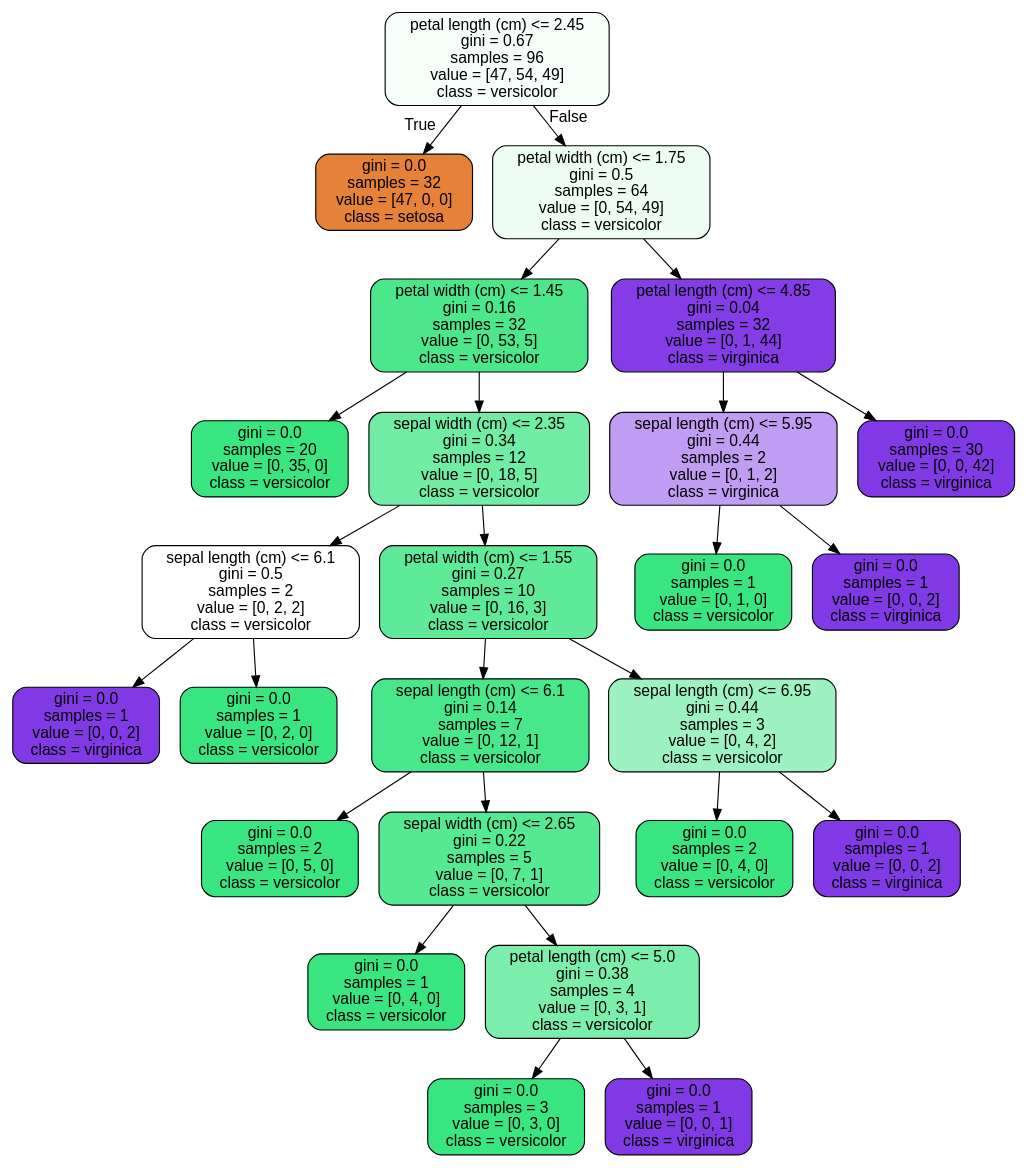
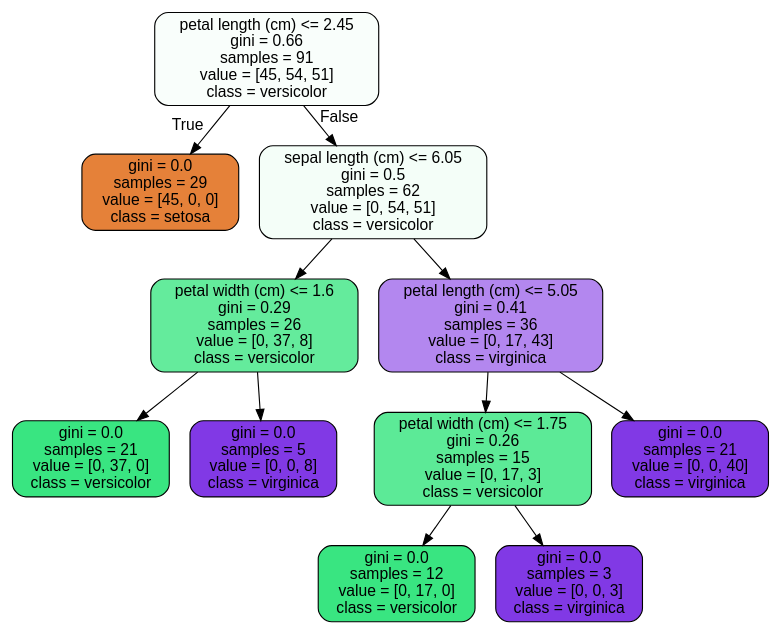
The diagram in RandomForest Covid Case Study_06302020/tree.dot (paulkimDSN/random-forest-case-study), drawn with Graphviz before and after one commit. The commit also changed 3 other files, not shown here.

```diff
--- a/RandomForest Covid Case Study_06302020/tree.dot
+++ b/RandomForest Covid Case Study_06302020/tree.dot
@@ -1,53 +1,25 @@
 digraph Tree {
 node [shape=box, style="filled, rounded", color="black", fontname=helvetica] ;
 edge [fontname=helvetica] ;
-0 [label="petal length (cm) <= 2.45\ngini = 0.67\nsamples = 96\nvalue = [47, 54, 49]\nclass = versicolor", fillcolor="#f5fef9"] ;
-1 [label="gini = 0.0\nsamples = 32\nvalue = [47, 0, 0]\nclass = setosa", fillcolor="#e58139"] ;
+0 [label="petal length (cm) <= 2.45\ngini = 0.66\nsamples = 91\nvalue = [45, 54, 51]\nclass = versicolor", fillcolor="#f9fefb"] ;
+1 [label="gini = 0.0\nsamples = 29\nvalue = [45, 0, 0]\nclass = setosa", fillcolor="#e58139"] ;
 0 -> 1 [labeldistance=2.5, labelangle=45, headlabel="True"] ;
-2 [label="petal width (cm) <= 1.75\ngini = 0.5\nsamples = 64\nvalue = [0, 54, 49]\nclass = versicolor", fillcolor="#edfdf3"] ;
+2 [label="sepal length (cm) <= 6.05\ngini = 0.5\nsamples = 62\nvalue = [0, 54, 51]\nclass = versicolor", fillcolor="#f4fef8"] ;
 0 -> 2 [labeldistance=2.5, labelangle=-45, headlabel="False"] ;
-3 [label="petal width (cm) <= 1.45\ngini = 0.16\nsamples = 32\nvalue = [0, 53, 5]\nclass = versicolor", fillcolor="#4ce78d"] ;
+3 [label="petal width (cm) <= 1.6\ngini = 0.29\nsamples = 26\nvalue = [0, 37, 8]\nclass = versicolor", fillcolor="#64eb9c"] ;
 2 -> 3 ;
-4 [label="gini = 0.0\nsamples = 20\nvalue = [0, 35, 0]\nclass = versicolor", fillcolor="#39e581"] ;
+4 [label="gini = 0.0\nsamples = 21\nvalue = [0, 37, 0]\nclass = versicolor", fillcolor="#39e581"] ;
 3 -> 4 ;
-5 [label="sepal width (cm) <= 2.35\ngini = 0.34\nsamples = 12\nvalue = [0, 18, 5]\nclass = versicolor", fillcolor="#70eca4"] ;
+5 [label="gini = 0.0\nsamples = 5\nvalue = [0, 0, 8]\nclass = virginica", fillcolor="#8139e5"] ;
 3 -> 5 ;
-6 [label="sepal length (cm) <= 6.1\ngini = 0.5\nsamples = 2\nvalue = [0, 2, 2]\nclass = versicolor", fillcolor="#ffffff"] ;
-5 -> 6 ;
-7 [label="gini = 0.0\nsamples = 1\nvalue = [0, 0, 2]\nclass = virginica", fillcolor="#8139e5"] ;
+6 [label="petal length (cm) <= 5.05\ngini = 0.41\nsamples = 36\nvalue = [0, 17, 43]\nclass = virginica", fillcolor="#b387ef"] ;
+2 -> 6 ;
+7 [label="petal width (cm) <= 1.75\ngini = 0.26\nsamples = 15\nvalue = [0, 17, 3]\nclass = versicolor", fillcolor="#5cea97"] ;
 6 -> 7 ;
-8 [label="gini = 0.0\nsamples = 1\nvalue = [0, 2, 0]\nclass = versicolor", fillcolor="#39e581"] ;
-6 -> 8 ;
-9 [label="petal width (cm) <= 1.55\ngini = 0.27\nsamples = 10\nvalue = [0, 16, 3]\nclass = versicolor", fillcolor="#5eea99"] ;
-5 -> 9 ;
-10 [label="sepal length (cm) <= 6.1\ngini = 0.14\nsamples = 7\nvalue = [0, 12, 1]\nclass = versicolor", fillcolor="#49e78c"] ;
-9 -> 10 ;
-11 [label="gini = 0.0\nsamples = 2\nvalue = [0, 5, 0]\nclass = versicolor", fillcolor="#39e581"] ;
-10 -> 11 ;
-12 [label="sepal width (cm) <= 2.65\ngini = 0.22\nsamples = 5\nvalue = [0, 7, 1]\nclass = versicolor", fillcolor="#55e993"] ;
-10 -> 12 ;
-13 [label="gini = 0.0\nsamples = 1\nvalue = [0, 4, 0]\nclass = versicolor", fillcolor="#39e581"] ;
-12 -> 13 ;
-14 [label="petal length (cm) <= 5.0\ngini = 0.38\nsamples = 4\nvalue = [0, 3, 1]\nclass = versicolor", fillcolor="#7beeab"] ;
-12 -> 14 ;
-15 [label="gini = 0.0\nsamples = 3\nvalue = [0, 3, 0]\nclass = versicolor", fillcolor="#39e581"] ;
-14 -> 15 ;
-16 [label="gini = 0.0\nsamples = 1\nvalue = [0, 0, 1]\nclass = virginica", fillcolor="#8139e5"] ;
-14 -> 16 ;
-17 [label="sepal length (cm) <= 6.95\ngini = 0.44\nsamples = 3\nvalue = [0, 4, 2]\nclass = versicolor", fillcolor="#9cf2c0"] ;
-9 -> 17 ;
-18 [label="gini = 0.0\nsamples = 2\nvalue = [0, 4, 0]\nclass = versicolor", fillcolor="#39e581"] ;
-17 -> 18 ;
-19 [label="gini = 0.0\nsamples = 1\nvalue = [0, 0, 2]\nclass = virginica", fillcolor="#8139e5"] ;
-17 -> 19 ;
-20 [label="petal length (cm) <= 4.85\ngini = 0.04\nsamples = 32\nvalue = [0, 1, 44]\nclass = virginica", fillcolor="#843de6"] ;
-2 -> 20 ;
-21 [label="sepal length (cm) <= 5.95\ngini = 0.44\nsamples = 2\nvalue = [0, 1, 2]\nclass = virginica", fillcolor="#c09cf2"] ;
-20 -> 21 ;
-22 [label="gini = 0.0\nsamples = 1\nvalue = [0, 1, 0]\nclass = versicolor", fillcolor="#39e581"] ;
-21 -> 22 ;
-23 [label="gini = 0.0\nsamples = 1\nvalue = [0, 0, 2]\nclass = virginica", fillcolor="#8139e5"] ;
-21 -> 23 ;
-24 [label="gini = 0.0\nsamples = 30\nvalue = [0, 0, 42]\nclass = virginica", fillcolor="#8139e5"] ;
-20 -> 24 ;
+8 [label="gini = 0.0\nsamples = 12\nvalue = [0, 17, 0]\nclass = versicolor", fillcolor="#39e581"] ;
+7 -> 8 ;
+9 [label="gini = 0.0\nsamples = 3\nvalue = [0, 0, 3]\nclass = virginica", fillcolor="#8139e5"] ;
+7 -> 9 ;
+10 [label="gini = 0.0\nsamples = 21\nvalue = [0, 0, 40]\nclass = virginica", fillcolor="#8139e5"] ;
+6 -> 10 ;
 }
```
